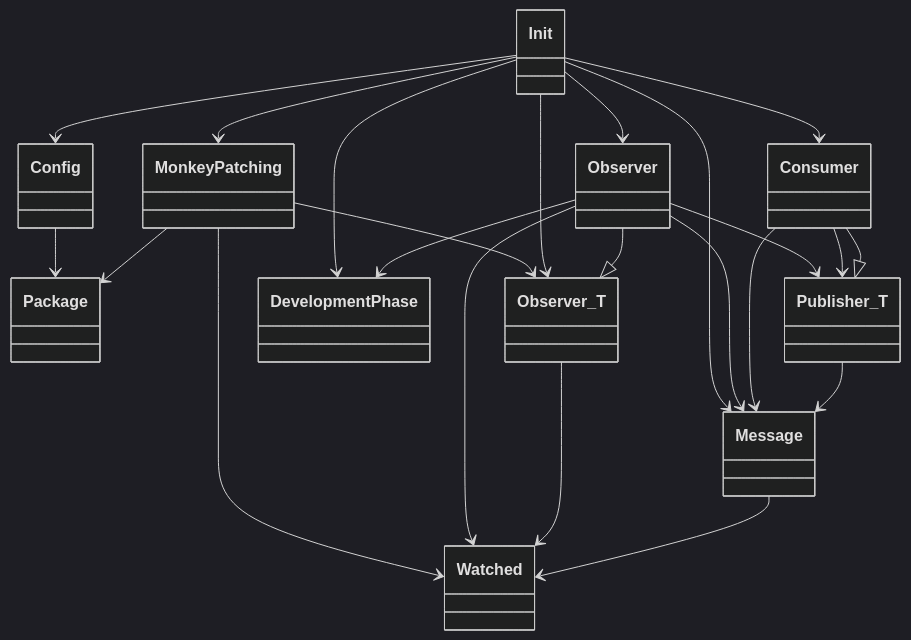
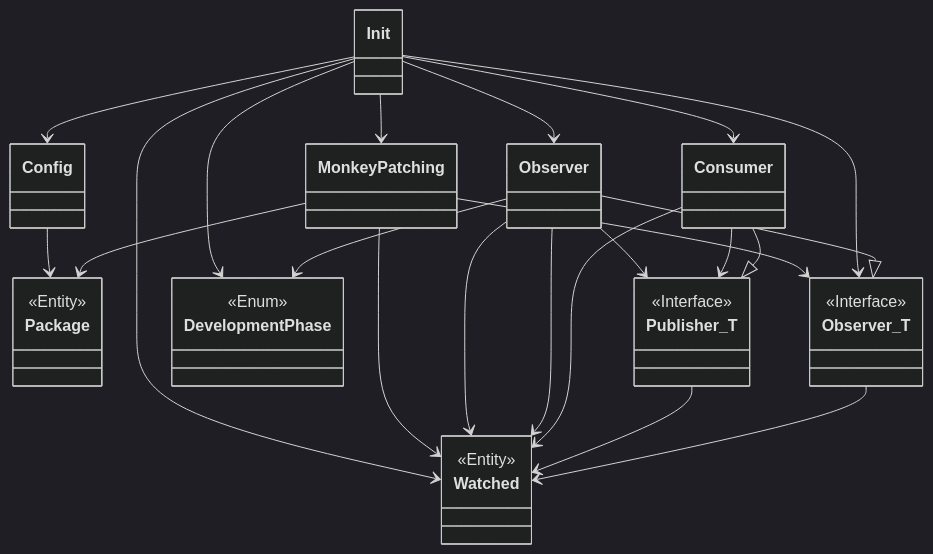
One commit to nebuly-ai/nebuly-sdk changed the diagram in README.md. Above: the diagram before and after it, drawn with Mermaid (dark theme). The commit also changed 6 other files, not shown here.

Commit message:
remove entity Message and simplify api_key

````diff
--- a/README.md
+++ b/README.md
@@ -12,25 +12,29 @@
 ```mermaid
 classDiagram
     Init --> Config
     Config --> Package
     Init --> MonkeyPatching
     MonkeyPatching --> Observer_T
     Init --> Observer
     Init --> Consumer
     Init --> DevelopmentPhase
-    Init --> Message
+    Init --> Watched
     Init --> Observer_T
     MonkeyPatching --> Package
     MonkeyPatching --> Watched
     Observer --> DevelopmentPhase
-    Observer --> Message
+    Observer --> Watched
     Observer --> Publisher_T
     Observer --> Watched
-    Consumer --> Message
+    Consumer --> Watched
     Consumer --> Publisher_T
     Observer --|> Observer_T
     Consumer --|> Publisher_T
-    Publisher_T --> Message
+    Publisher_T --> Watched
     Observer_T --> Watched
-    Message --> Watched
+    <<Interface>> Publisher_T
+    <<Interface>> Observer_T
+    <<Entity>> Package
+    <<Entity>> Watched
+    <<Enum>> DevelopmentPhase
 ```
````
